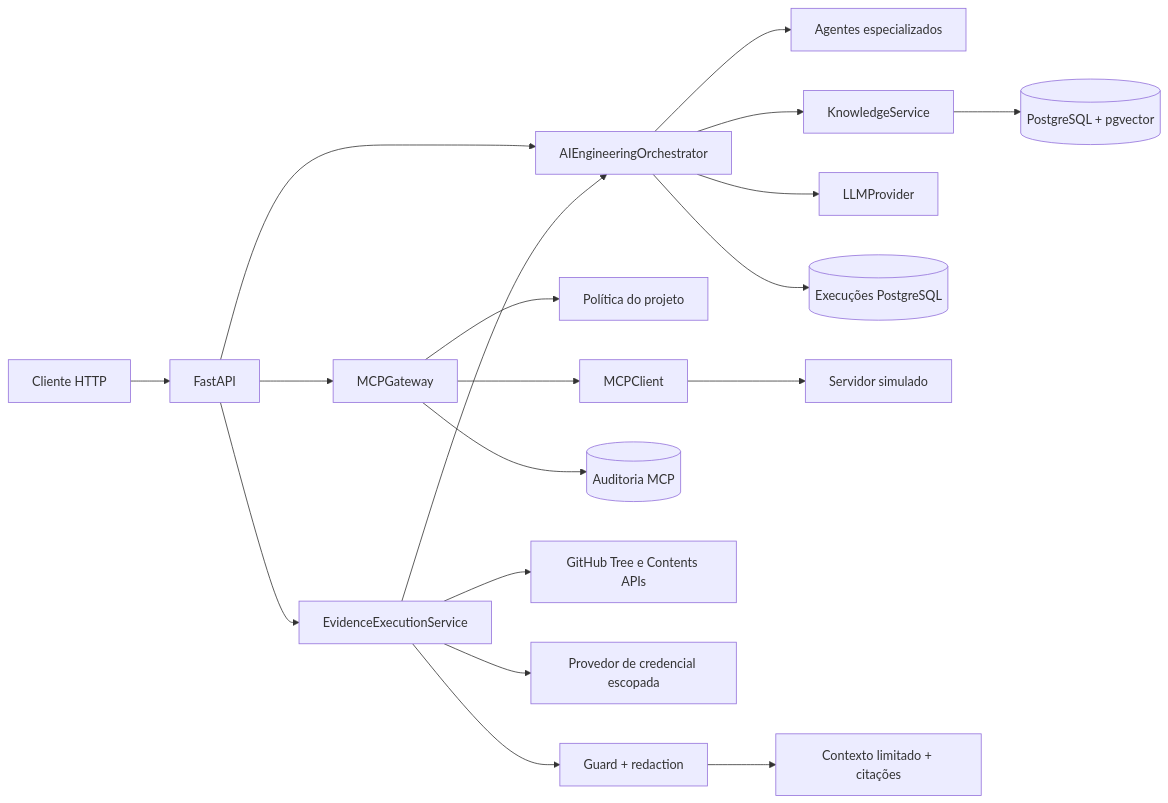
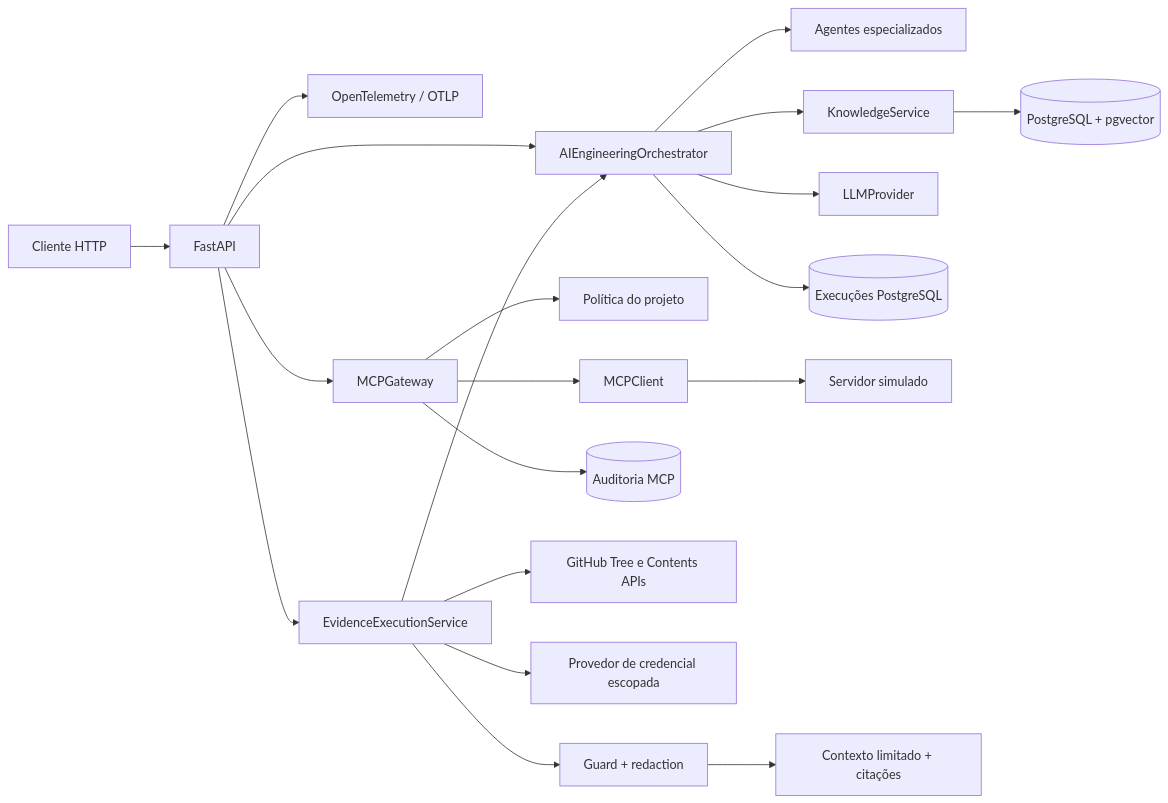
Before and after one commit to AriRoberto/ai-engineering-orchestrator: the first of 3 diagrams in docs/pt-BR/guia-arquitetura.md, drawn with Mermaid. The commit also changed other lines of this file and 11 other files, not shown here.

Commit message:
feat: iniciar observabilidade com OpenTelemetry

````diff
--- a/docs/pt-BR/guia-arquitetura.md
+++ b/docs/pt-BR/guia-arquitetura.md
@@ -8,21 +8,22 @@
 ```mermaid
 flowchart LR
     C[Cliente HTTP] --> API[FastAPI]
+    API --> OT[OpenTelemetry / OTLP]
     API --> O[AIEngineeringOrchestrator]
     O --> A[Agentes especializados]
     O --> K[KnowledgeService]
     O --> L[LLMProvider]
     O --> E[(Execuções PostgreSQL)]
     K --> V[(PostgreSQL + pgvector)]
     API --> M[MCPGateway]
     M --> P[Política do projeto]
     M --> S[MCPClient]
     M --> AU[(Auditoria MCP)]
     S --> D[Servidor simulado]
     API --> EC[EvidenceExecutionService]
     EC --> GH[GitHub Tree e Contents APIs]
     EC --> CP[Provedor de credencial escopada]
     EC --> CG[Guard + redaction]
     CG --> CB[Contexto limitado + citações]
     EC --> O
 ```
````
